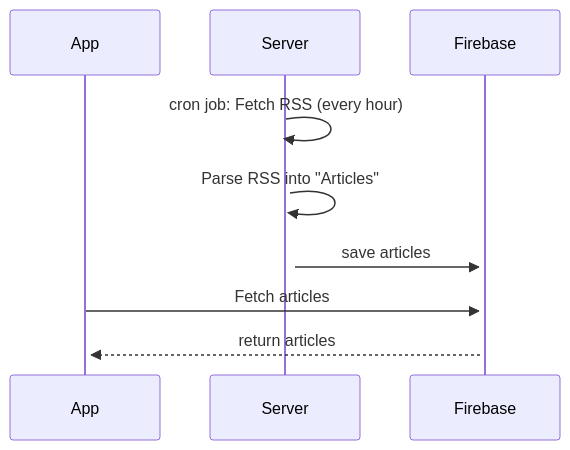
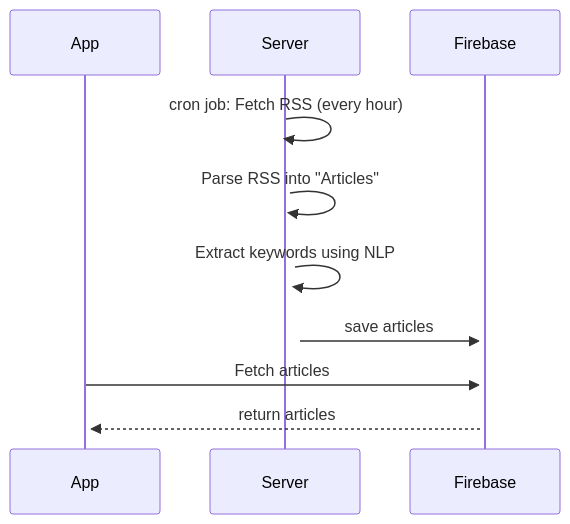
One commit to noppytinto/android-scienceboard changed the diagram in README.md. Above: the diagram before and after it, drawn with Mermaid. The commit also changed other lines of this file, not shown here.

````diff
--- a/README.md
+++ b/README.md
@@ -29,14 +30,15 @@
 ```mermaid
 sequenceDiagram
     participant App
     participant Server
     participant Firebase 
     Server->>+Server: cron job: Fetch RSS (every hour)
     Server->>+Server: Parse RSS into "Articles"
+    Server->>+Server: Extract keywords using NLP
     Server->>+Firebase: save articles
 
 
 
     App->>+Firebase: Fetch articles
     Firebase-->>+App: return articles
 ```
````
